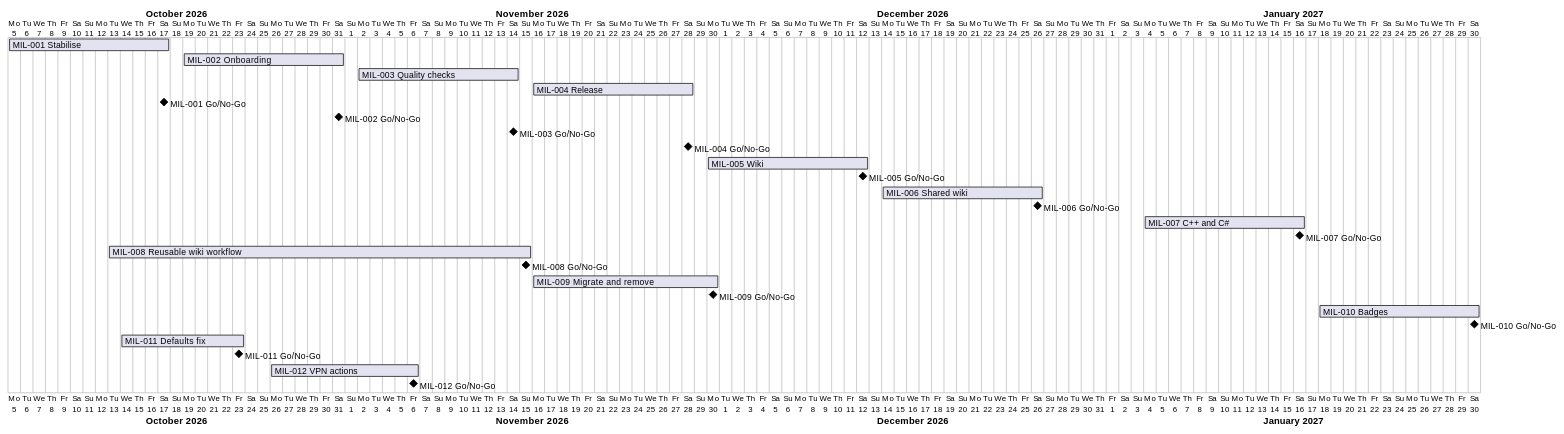
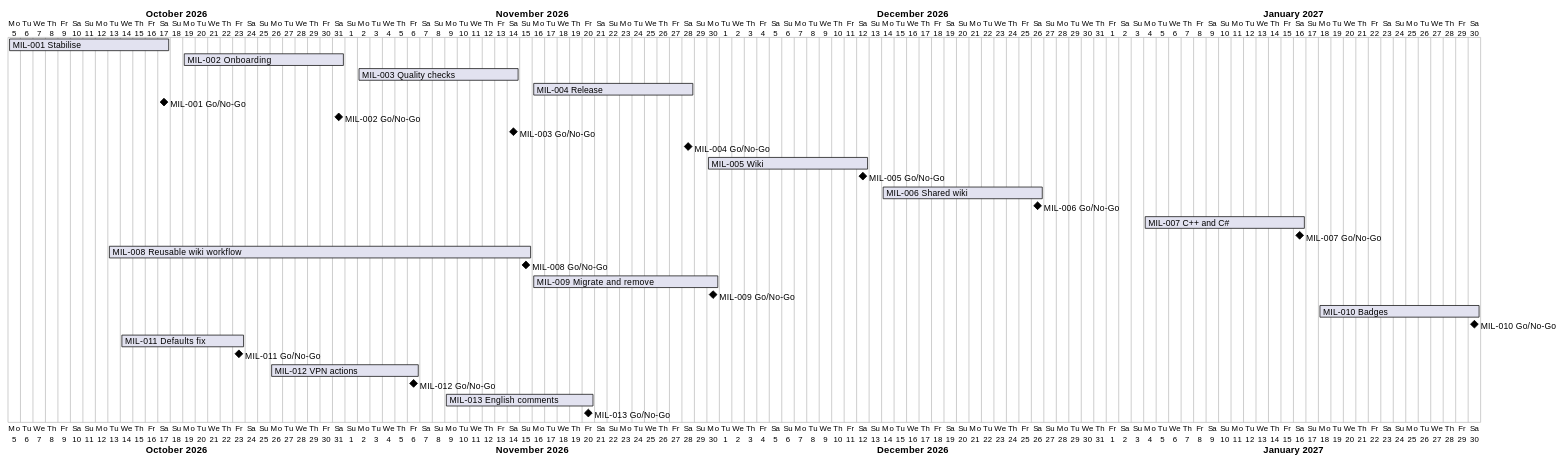
Before and after one commit to TirSystem/git-workflows: the diagram in docs/project-plan.md, drawn with PlantUML. The commit also changed other lines of this file and 6 other files, not shown here.

First line of the commit message:
Plan MIL-013: source code comments are in English

````diff
--- a/docs/project-plan.md
+++ b/docs/project-plan.md
@@ -47,29 +49,31 @@
 ```plantuml
 @startgantt
 Project starts 2026-10-05
 [MIL-001 Stabilise] starts 2026-10-05 and ends 2026-10-17
 [MIL-002 Onboarding] starts 2026-10-19 and ends 2026-10-31
 [MIL-003 Quality checks] starts 2026-11-02 and ends 2026-11-14
 [MIL-004 Release] starts 2026-11-16 and ends 2026-11-28
 [MIL-001 Go/No-Go] happens 2026-10-17
 [MIL-002 Go/No-Go] happens 2026-10-31
 [MIL-003 Go/No-Go] happens 2026-11-14
 [MIL-004 Go/No-Go] happens 2026-11-28
 [MIL-005 Wiki] starts 2026-11-30 and ends 2026-12-12
 [MIL-005 Go/No-Go] happens 2026-12-12
 [MIL-006 Shared wiki] starts 2026-12-14 and ends 2026-12-26
 [MIL-006 Go/No-Go] happens 2026-12-26
 [MIL-007 C++ and C#] starts 2027-01-04 and ends 2027-01-16
 [MIL-007 Go/No-Go] happens 2027-01-16
 [MIL-008 Reusable wiki workflow] starts 2026-10-13 and ends 2026-11-15
 [MIL-008 Go/No-Go] happens 2026-11-15
 [MIL-009 Migrate and remove] starts 2026-11-16 and ends 2026-11-30
 [MIL-009 Go/No-Go] happens 2026-11-30
 [MIL-010 Badges] starts 2027-01-18 and ends 2027-01-30
 [MIL-010 Go/No-Go] happens 2027-01-30
 [MIL-011 Defaults fix] starts 2026-10-14 and ends 2026-10-23
 [MIL-011 Go/No-Go] happens 2026-10-23
 [MIL-012 VPN actions] starts 2026-10-26 and ends 2026-11-06
 [MIL-012 Go/No-Go] happens 2026-11-06
+[MIL-013 English comments] starts 2026-11-09 and ends 2026-11-20
+[MIL-013 Go/No-Go] happens 2026-11-20
 @endgantt
 ```
````
